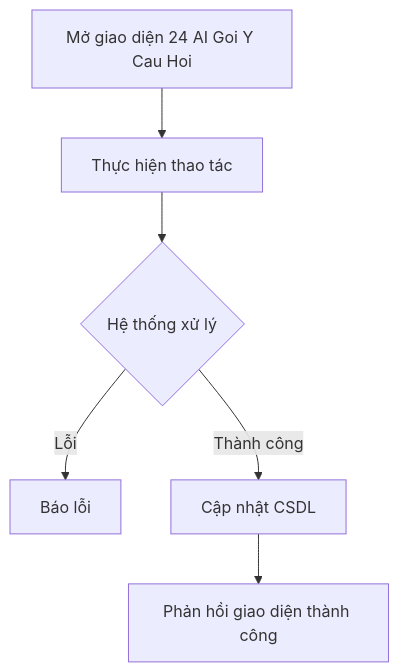
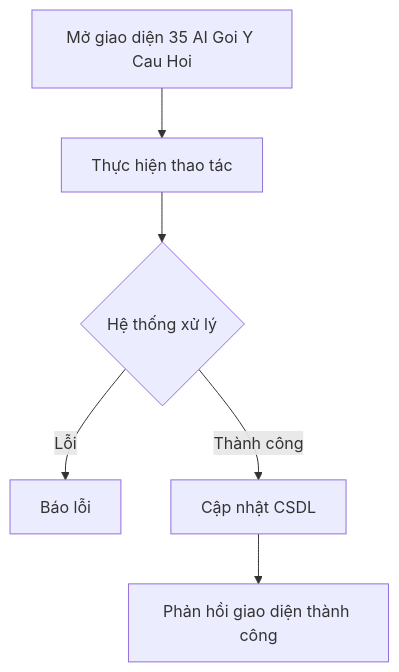
Before and after one commit to VanHaPtit/EasyTech_FE: the diagram in nghiep_vu/epic-08_AI_Features/user-story-35_AI_Goi_Y_Cau_Hoi/user-story.md, drawn with Mermaid. The commit also changed other lines of this file and 31 other files, not shown here.

````diff
--- a/nghiep_vu/epic-08_AI_Features/user-story-35_AI_Goi_Y_Cau_Hoi/user-story.md
+++ b/nghiep_vu/epic-08_AI_Features/user-story-35_AI_Goi_Y_Cau_Hoi/user-story.md
@@ -11,8 +11,8 @@
 ```mermaid
 graph TD
-    A[Mở giao diện 24 AI Goi Y Cau Hoi] --> B[Thực hiện thao tác]
+    A[Mở giao diện 35 AI Goi Y Cau Hoi] --> B[Thực hiện thao tác]
     B --> C{Hệ thống xử lý}
     C -- Lỗi --> D[Báo lỗi]
     C -- Thành công --> E[Cập nhật CSDL]
     E --> F[Phản hồi giao diện thành công]
 ```
````
